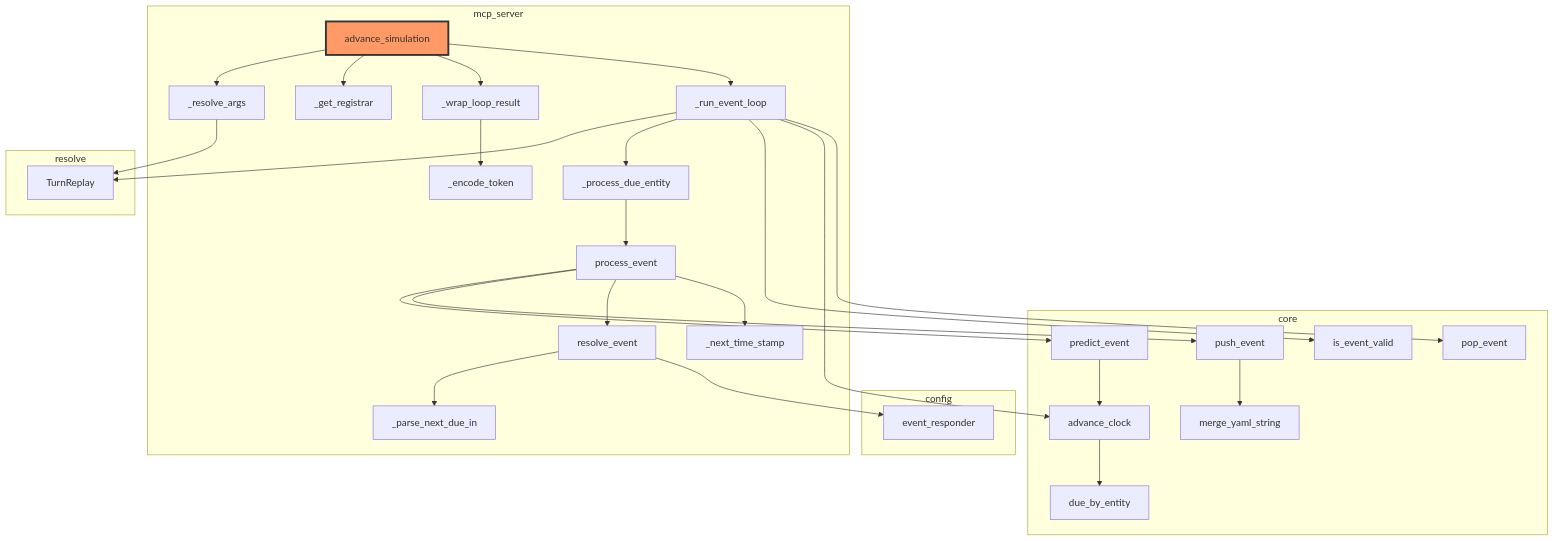
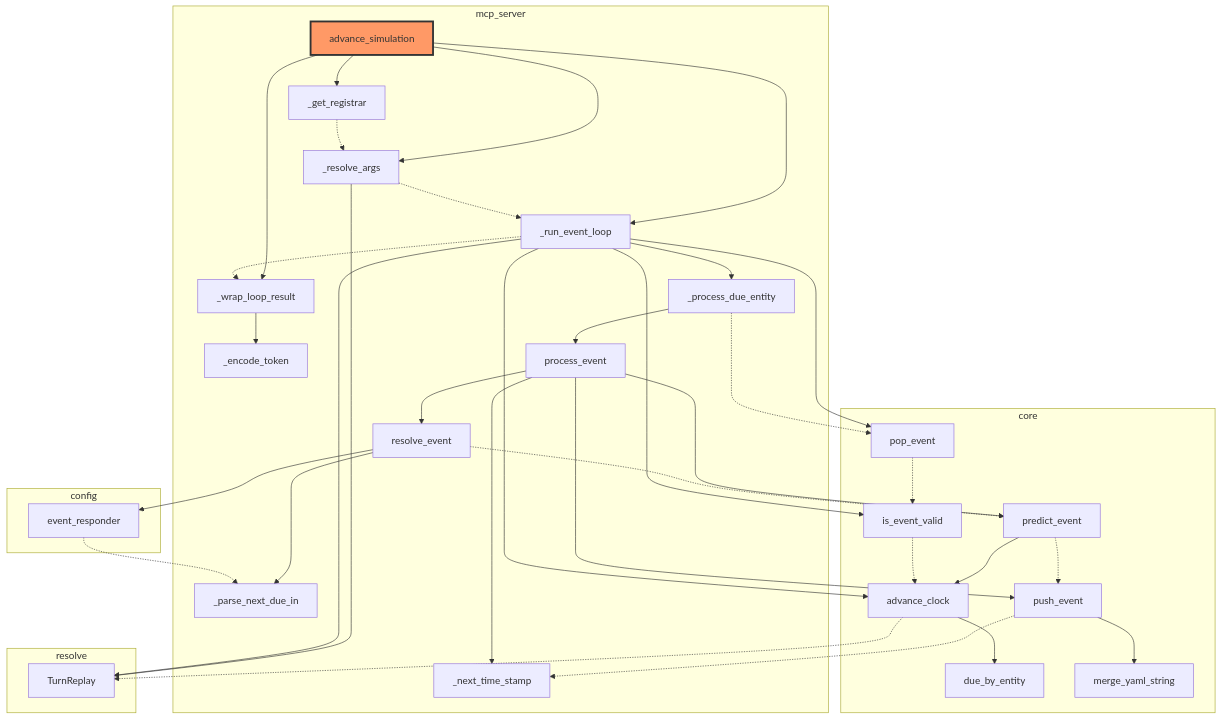
One commit to zhafen/story-simulator changed the first of 2 diagrams in docs/architecture/advance_simulation.md. Above: the diagram before and after it, drawn with Mermaid. The commit also changed other lines of this file, not shown here.

Commit message:
Add call-order arrows to the generated entry-point diagram
iacs's generate-architecture-diagram (--root) now draws dotted arrows
between an entity's own call targets in the order it actually calls
them, alongside the existing solid call edges -- see
zhafen/iacs#claude/architecture-diagrams. Regenerated
docs/architecture/advance_simulation.md's diagram (a) to pick this up,
and added a short paragraph explaining what the new dotted arrows mean.

````diff
--- a/docs/architecture/advance_simulation.md
+++ b/docs/architecture/advance_simulation.md
@@ -46,54 +46,65 @@
 ```mermaid
 flowchart TD
     subgraph sg0["config"]
         n19["event_responder"]
     end
     subgraph sg1["core"]
         n8["is_event_valid"]
         n9["advance_clock"]
         n10["pop_event"]
         n12["due_by_entity"]
         n13["predict_event"]
         n14["push_event"]
         n17["merge_yaml_string"]
     end
     subgraph sg2["mcp_server"]
         n0["advance_simulation"]
         n1["_resolve_args"]
         n2["_get_registrar"]
         n3["_wrap_loop_result"]
         n4["_run_event_loop"]
         n6["_encode_token"]
         n7["_process_due_entity"]
         n11["process_event"]
         n15["resolve_event"]
         n16["_next_time_stamp"]
         n18["_parse_next_due_in"]
     end
     subgraph sg3["resolve"]
         n5["TurnReplay"]
     end
     n0 --> n1
     n0 --> n2
     n0 --> n3
     n0 --> n4
     n1 --> n5
     n3 --> n6
     n4 --> n5
     n4 --> n7
     n4 --> n8
     n4 --> n9
     n4 --> n10
     n7 --> n11
     n9 --> n12
     n11 --> n13
     n11 --> n14
     n11 --> n15
     n11 --> n16
     n13 --> n9
     n14 --> n17
     n15 --> n18
     n15 --> n19
+    n15 -.-> n13
+    n13 -.-> n14
+    n14 -.-> n16
+    n19 -.-> n18
+    n7 -.-> n10
+    n10 -.-> n8
+    n8 -.-> n9
+    n9 -.-> n5
+    n2 -.-> n1
+    n1 -.-> n4
+    n4 -.-> n3
     class n0 rootNode
     classDef rootNode fill:#f96,stroke:#333,stroke-width:3px
 ```
````
